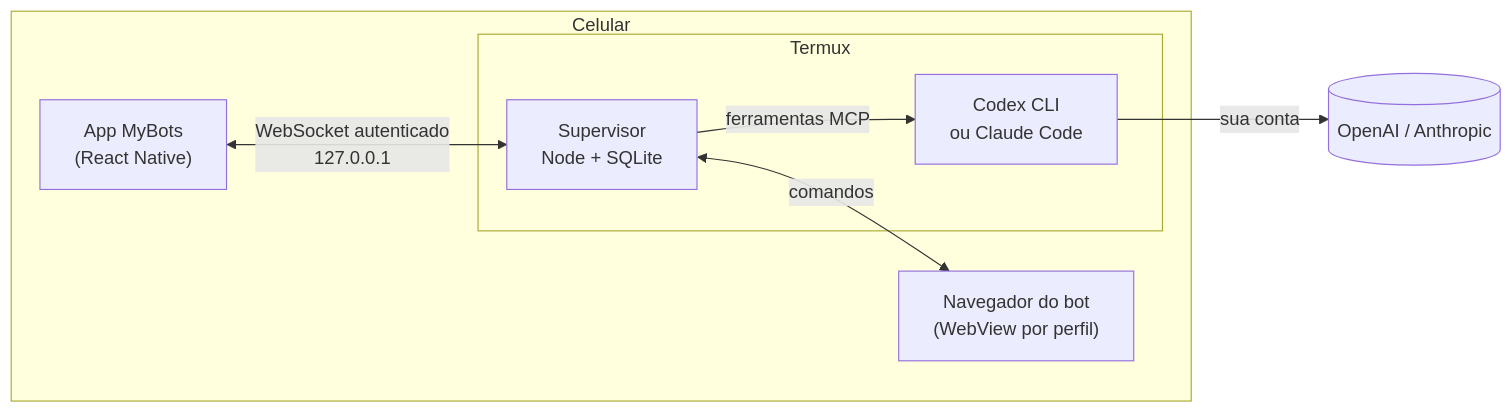
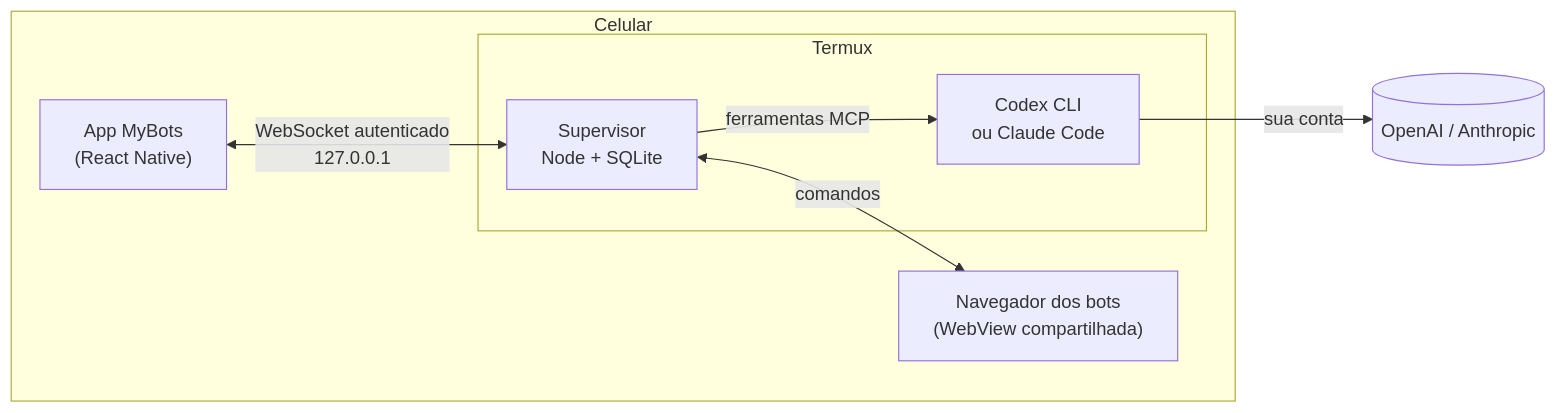
Before and after one commit to AugustodoBRT/Mybots: the diagram in README.md, drawn with Mermaid. The commit also changed other lines of this file and 11 other files, not shown here.

````diff
--- a/README.md
+++ b/README.md
@@ -53,15 +53,15 @@
 ```mermaid
 flowchart LR
   subgraph Celular
     App["App MyBots<br/>(React Native)"]
     subgraph Termux
       Sup["Supervisor<br/>Node + SQLite"]
       AI["Codex CLI<br/>ou Claude Code"]
     end
-    Web["Navegador do bot<br/>(WebView por perfil)"]
+    Web["Navegador dos bots<br/>(WebView compartilhada)"]
   end
   App <-- "WebSocket autenticado<br/>127.0.0.1" --> Sup
   Sup -- "ferramentas MCP" --> AI
   Sup <-- "comandos" --> Web
   AI -- "sua conta" --> Nuvem[(OpenAI / Anthropic)]
 ```
````
